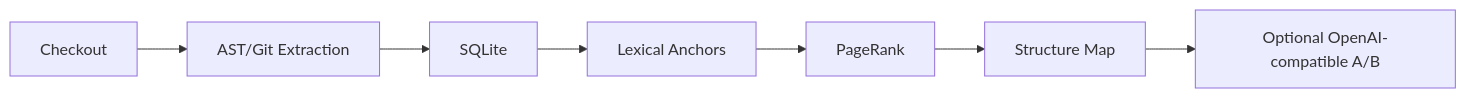
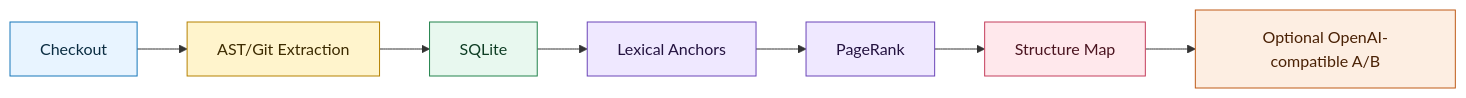
Before and after one commit to dzlab/dzlab.github.io: the diagram in _posts/2026-08-30-building-code-knowledge-graphs.md, drawn with Mermaid.

Commit message:
Colorize knowledge graph workflow diagram

````diff
--- a/_posts/2026-08-30-building-code-knowledge-graphs.md
+++ b/_posts/2026-08-30-building-code-knowledge-graphs.md
@@ -62,9 +62,22 @@
 ```mermaid
 flowchart LR
     A[Checkout] --> B[AST/Git Extraction]
     B --> C[SQLite]
     C --> D[Lexical Anchors]
     D --> E[PageRank]
     E --> F[Structure Map]
     F --> G[Optional OpenAI-compatible A/B]
+
+    classDef input fill:#e8f4ff,stroke:#1677b9,color:#0b2d42;
+    classDef extraction fill:#fff4cc,stroke:#b58100,color:#3d2b00;
+    classDef storage fill:#e8f8ef,stroke:#23834d,color:#0e3d24;
+    classDef retrieval fill:#efe8ff,stroke:#6a45b8,color:#241340;
+    classDef context fill:#ffe8ec,stroke:#c43e5c,color:#4b1420;
+    classDef llm fill:#fdeee2,stroke:#bf5b17,color:#4a2105;
+    class A input;
+    class B extraction;
+    class C storage;
+    class D,E retrieval;
+    class F context;
+    class G llm;
 ```
````
